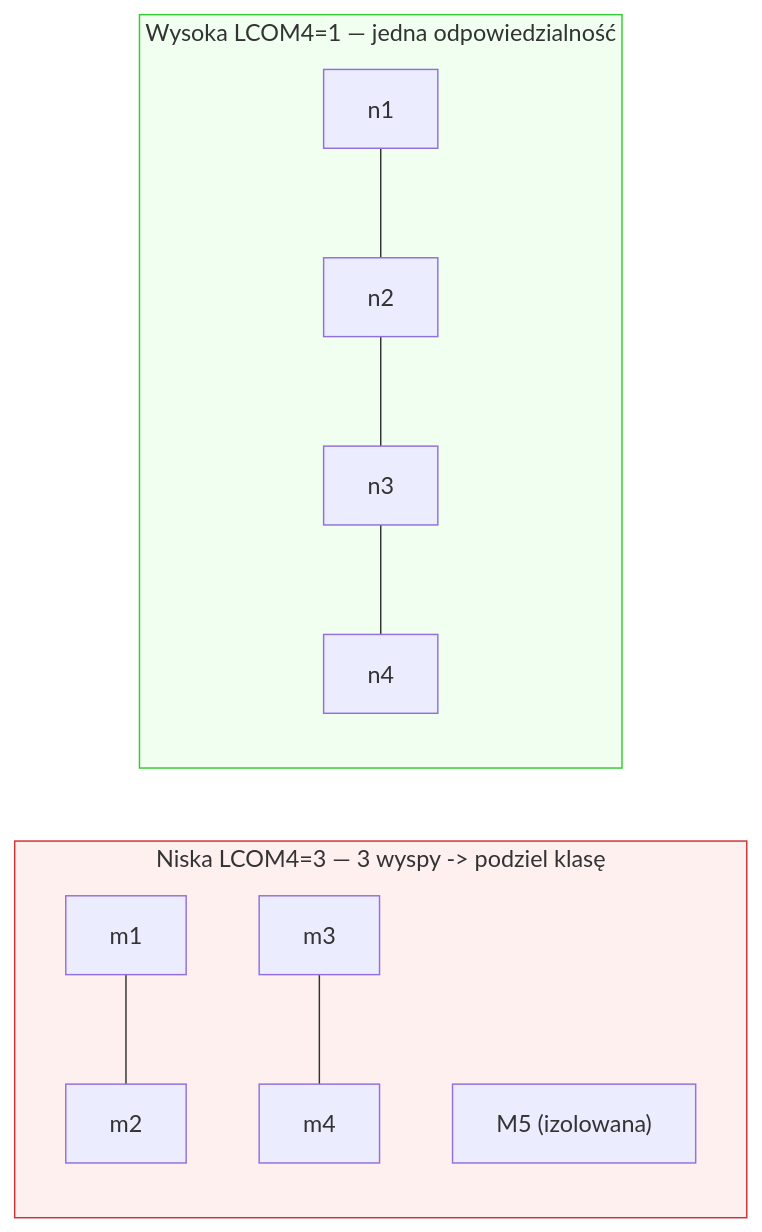
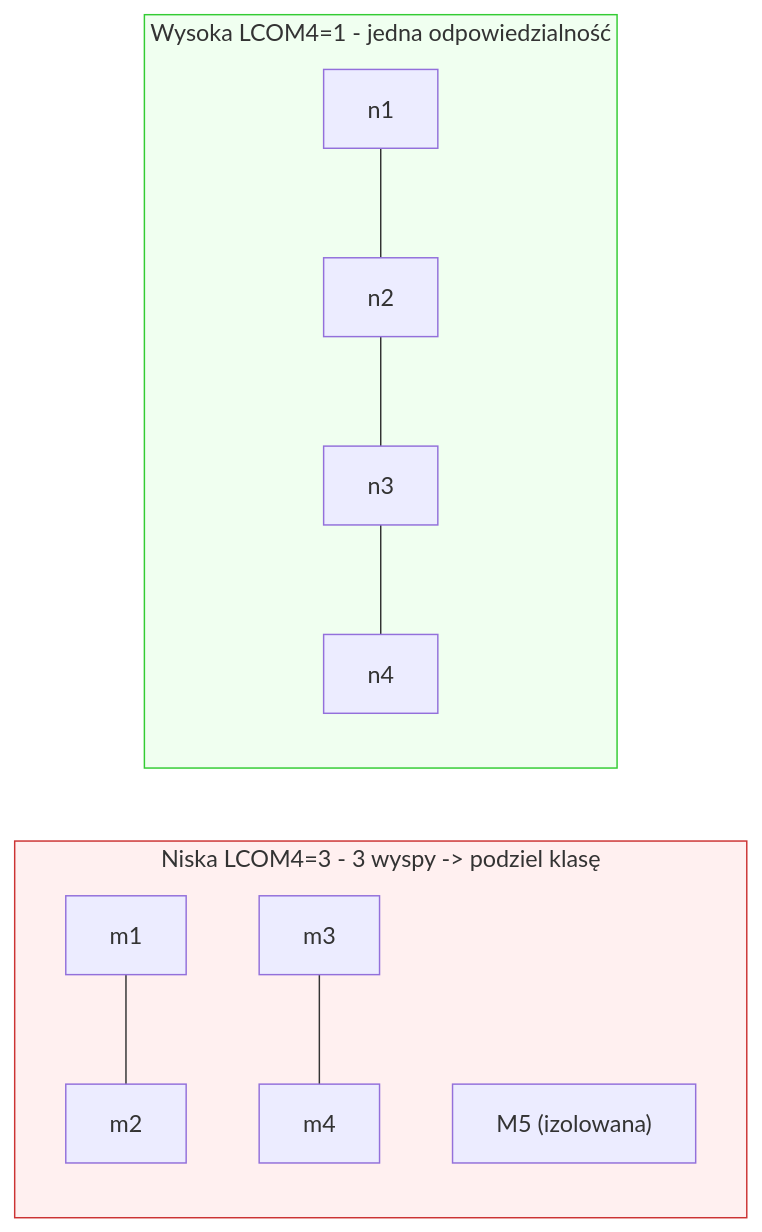
Diagram 11 of 14 in artifacts/qse_podrecznik.md (PiotrGry/qse-pkg), drawn with Mermaid before and after one commit. The commit also changed other lines of this file and 46 other files, not shown here.

````diff
--- a/artifacts/qse_podrecznik.md
+++ b/artifacts/qse_podrecznik.md
@@ -1200,13 +1200,13 @@
 ```mermaid
 graph LR
-    subgraph low["Niska LCOM4=3 — 3 wyspy -> podziel klasę"]
+    subgraph low["Niska LCOM4=3 - 3 wyspy -> podziel klasę"]
         m1---m2
         m3---m4
         m5["M5 (izolowana)"]
     end
-    subgraph high["Wysoka LCOM4=1 — jedna odpowiedzialność"]
+    subgraph high["Wysoka LCOM4=1 - jedna odpowiedzialność"]
         n1---n2---n3---n4
     end
     style low fill:#fff0f0,stroke:#cc3333
     style high fill:#f0fff0,stroke:#33cc33
 ```
````
